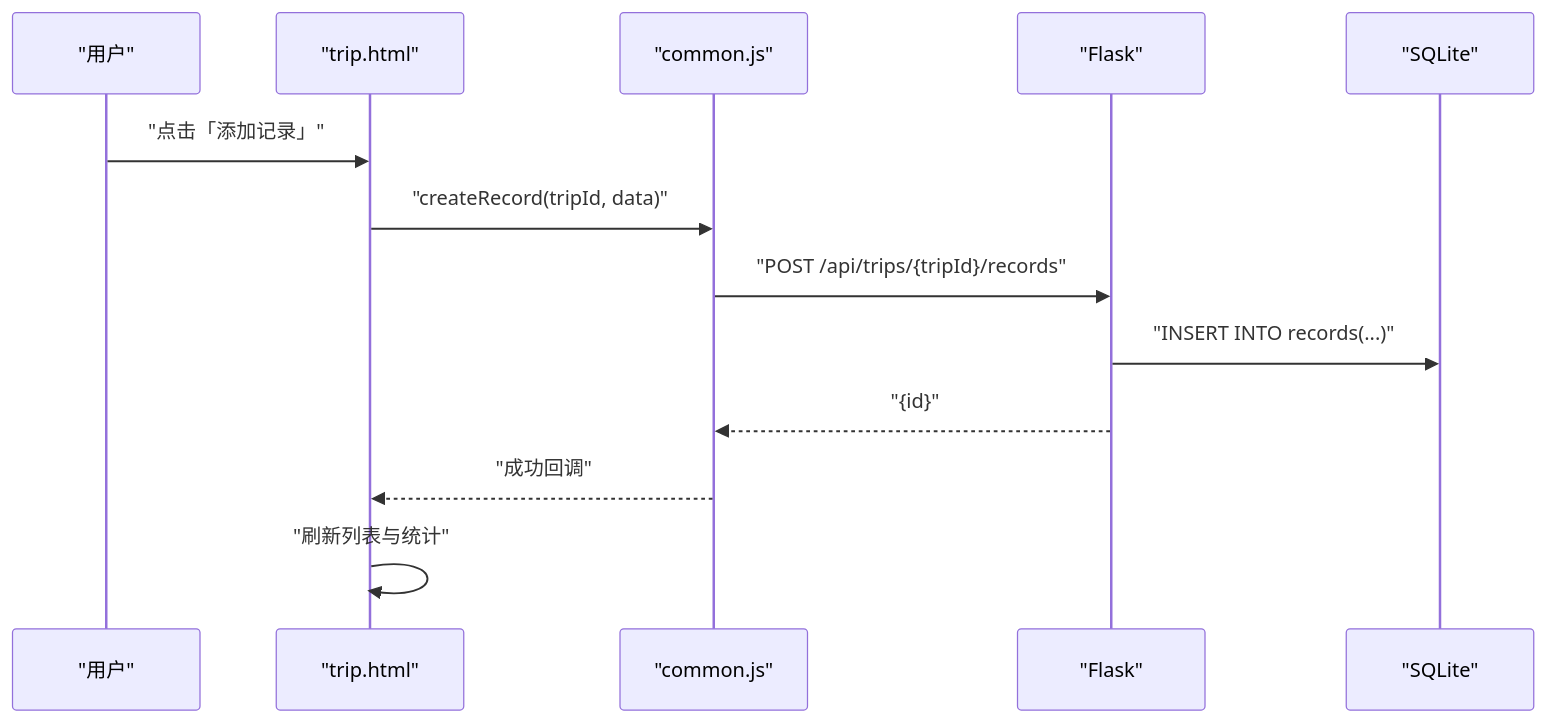
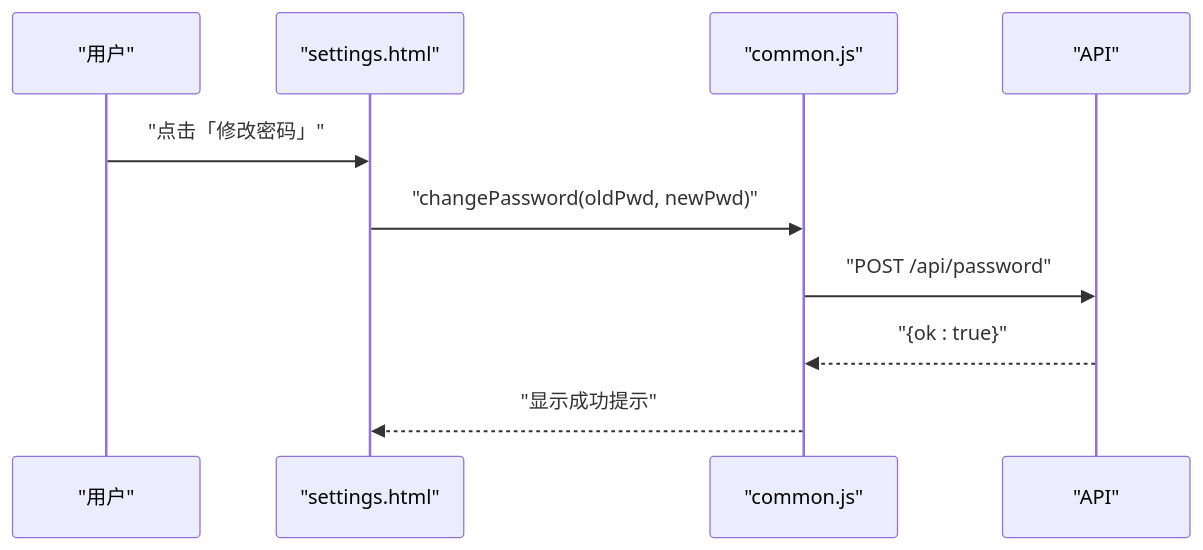
One commit to louyinmin/recorded changed the fourth of 5 diagrams in .qoder/repowiki/zh/content/开发指南.md. Above: the diagram before and after it, drawn with Mermaid. The commit also changed other lines of this file and 6 other files, not shown here.

````diff
--- a/.qoder/repowiki/zh/content/开发指南.md
+++ b/.qoder/repowiki/zh/content/开发指南.md
@@ -205,15 +231,12 @@
 ```mermaid
 sequenceDiagram
 participant U as "用户"
-participant P as "trip.html"
+participant S as "settings.html"
 participant C as "common.js"
-participant S as "Flask"
-participant DB as "SQLite"
-U->>P : "点击「添加记录」"
-P->>C : "createRecord(tripId, data)"
-C->>S : "POST /api/trips/{tripId}/records"
-S->>DB : "INSERT INTO records(...)"
-S-->>C : "{id}"
-C-->>P : "成功回调"
-P->>P : "刷新列表与统计"
+participant A as "API"
+U->>S : "点击「修改密码」"
+S->>C : "changePassword(oldPwd, newPwd)"
+C->>A : "POST /api/password"
+A-->>C : "{ok : true}"
+C-->>S : "显示成功提示"
 ```
````
